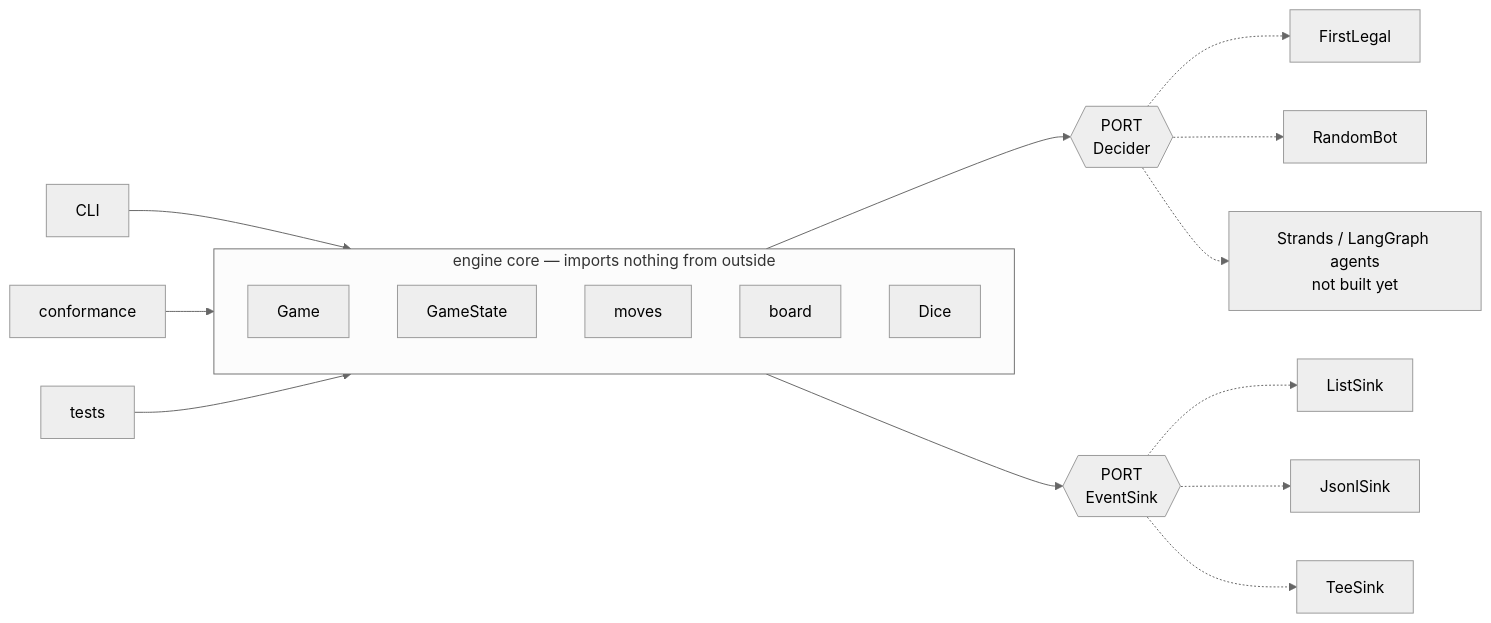
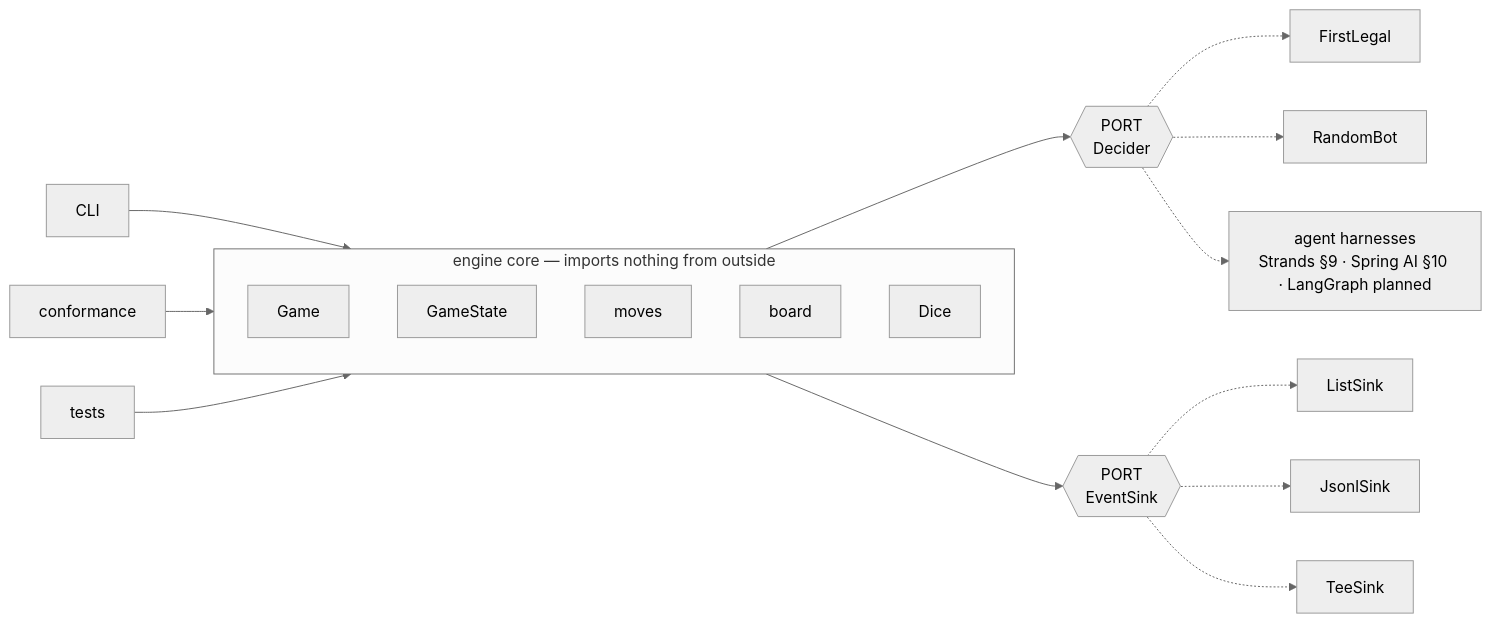
Diagram 14 of 20 in docs/projects/ludo/class-design.md (itamittech/llmeval), drawn with Mermaid (neutral theme) before and after one commit. The commit also changed other lines of this file and 5 other files, not shown here.

First line of the commit message:
docs(class-design): draw the Spring AI harness (§10); real system-flow diagram in overview; truth sweep

````diff
--- a/docs/projects/ludo/class-design.md
+++ b/docs/projects/ludo/class-design.md
@@ -917,40 +919,40 @@
 ```mermaid
 flowchart LR
     cli[CLI]
     conf[conformance]
     tests[tests]
 
     subgraph core["engine core — imports nothing from outside"]
         direction TB
         game[Game]
         gstate[GameState]
         moves[moves]
         board[board]
         dice[Dice]
     end
 
     dport{{"PORT<br/>Decider"}}
     eport{{"PORT<br/>EventSink"}}
 
     fl[FirstLegal]
     rb[RandomBot]
-    agents["Strands / LangGraph agents<br/>not built yet"]
+    agents["agent harnesses<br/>Strands §9 · Spring AI §10 · LangGraph planned"]
 
     ls[ListSink]
     js[JsonlSink]
     ts[TeeSink]
 
     cli --> game
     conf --> game
     tests --> game
 
     game --> dport
     game --> eport
 
     dport -.-> fl
     dport -.-> rb
     dport -.-> agents
     eport -.-> ls
     eport -.-> js
     eport -.-> ts
 ```
````
